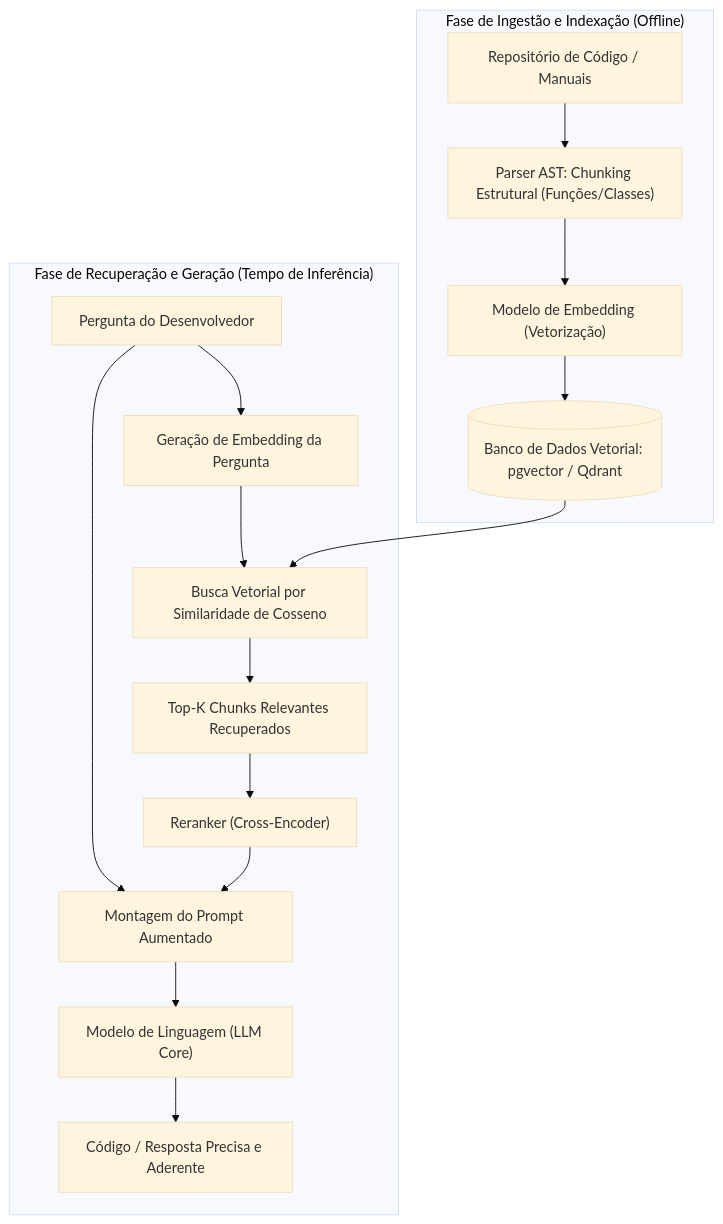
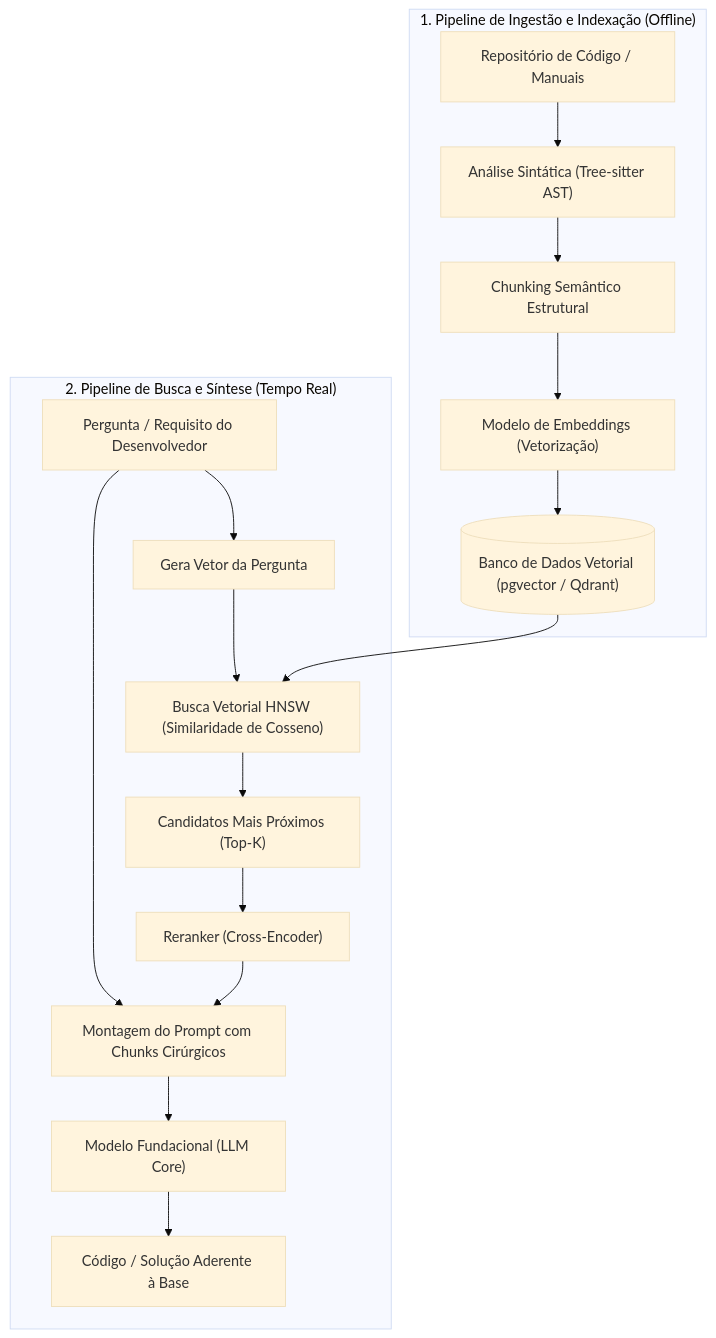
Before and after one commit to thiagosantos346/TCE-GO-2027: the second of 5 diagrams in fontes_de_estudo/conhecimentos_especificos_b02_ti/06_engenharia_software_ia_e_sistemas_agentivos/04_rag_protocolo_mcp_skills_e_ferramental.md, drawn with Mermaid (base theme). The commit also changed other lines of this file and 119 other files, not shown here.

````diff
--- a/fontes_de_estudo/conhecimentos_especificos_b02_ti/06_engenharia_software_ia_e_sistemas_agentivos/04_rag_protocolo_mcp_skills_e_ferramental.md
+++ b/fontes_de_estudo/conhecimentos_especificos_b02_ti/06_engenharia_software_ia_e_sistemas_agentivos/04_rag_protocolo_mcp_skills_e_ferramental.md
@@ -85,20 +89,21 @@
 ```mermaid
 flowchart TD
-    subgraph "Fase de Ingestão e Indexação (Offline)"
-        REPO["Repositório de Código / Manuais"] --> AST["Parser AST: Chunking Estrutural (Funções/Classes)"]
-        AST --> EMB["Modelo de Embedding (Vetorização)"]
-        EMB --> VDB[("Banco de Dados Vetorial: pgvector / Qdrant")]
+    subgraph Ingestao["1. Pipeline de Ingestão e Indexação (Offline)"]
+        REPO["Repositório de Código / Manuais"] --> PARSE["Análise Sintática (Tree-sitter AST)"]
+        PARSE --> CHUNK["Chunking Semântico Estrutural"]
+        CHUNK --> EMB["Modelo de Embeddings (Vetorização)"]
+        EMB --> VDB[("Banco de Dados Vetorial (pgvector / Qdrant)")]
     end
 
-    subgraph "Fase de Recuperação e Geração (Tempo de Inferência)"
-        USER["Pergunta do Desenvolvedor"] --> QEMB["Geração de Embedding da Pergunta"]
-        QEMB --> SIM["Busca Vetorial por Similaridade de Cosseno"]
+    subgraph Recuperacao["2. Pipeline de Busca e Síntese (Tempo Real)"]
+        QUERY["Pergunta / Requisito do Desenvolvedor"] --> QEMB["Gera Vetor da Pergunta"]
+        QEMB --> SIM["Busca Vetorial HNSW (Similaridade de Cosseno)"]
         VDB --> SIM
-        SIM --> TOPK["Top-K Chunks Relevantes Recuperados"]
-        TOPK --> RERANK["Reranker (Cross-Encoder)"]
-        RERANK --> CTX["Montagem do Prompt Aumentado"]
-        USER --> CTX
-        CTX --> LLM["Modelo de Linguagem (LLM Core)"]
-        LLM --> RES["Código / Resposta Precisa e Aderente"]
+        SIM --> CAND["Candidatos Mais Próximos (Top-K)"]
+        CAND --> RERANK["Reranker (Cross-Encoder)"]
+        RERANK --> CTX["Montagem do Prompt com Chunks Cirúrgicos"]
+        QUERY --> CTX
+        CTX --> LLM["Modelo Fundacional (LLM Core)"]
+        LLM --> RES["Código / Solução Aderente à Base"]
     end
 ```
````
